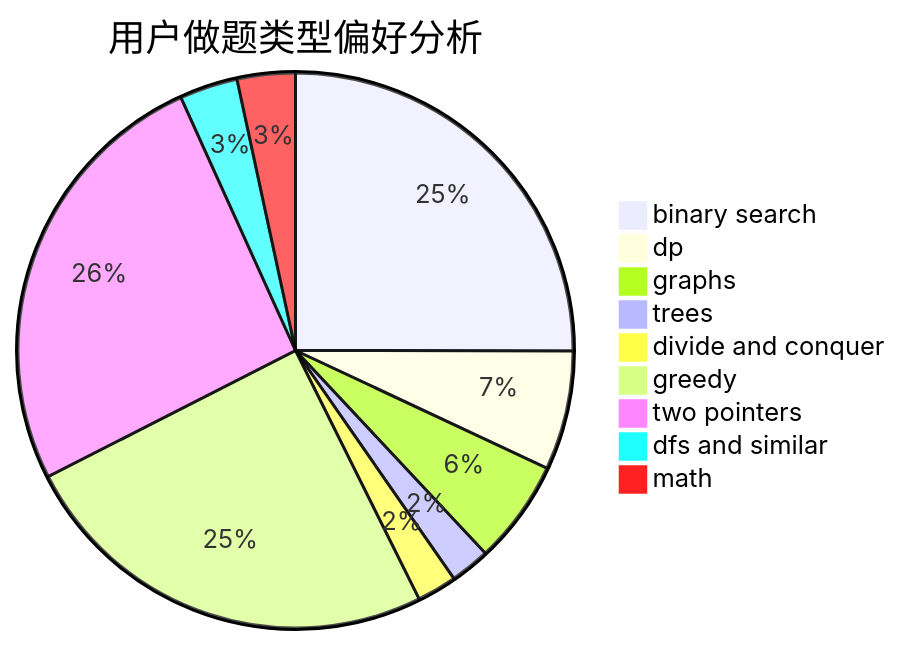
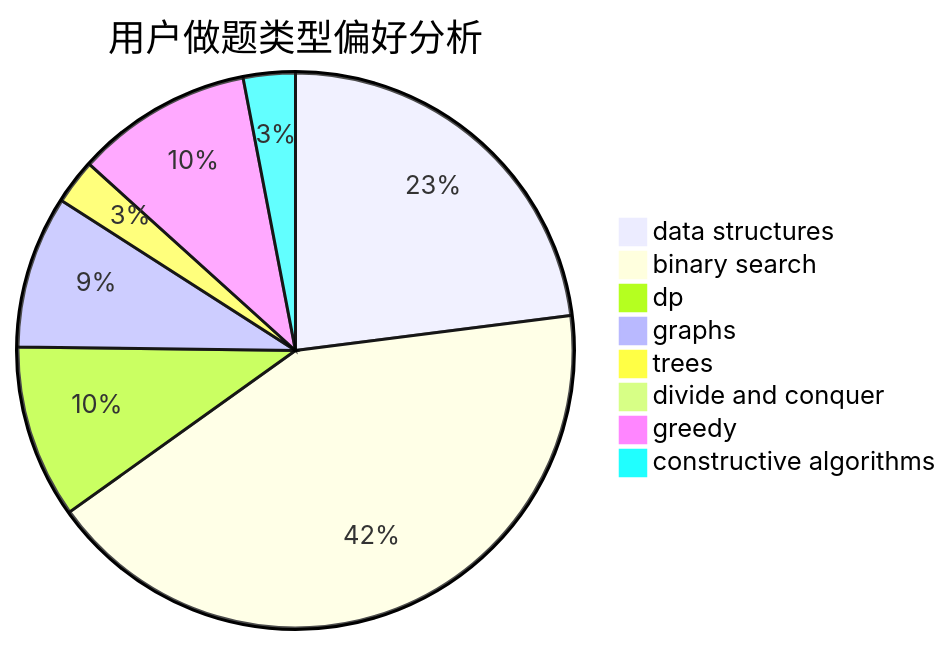
One commit to sherpahu/cfrs.github.io changed the second of 3 diagrams in docs/user/u1229.md. Above: the diagram before and after it, drawn with Mermaid. The commit also changed other lines of this file and 2775 other files, not shown here.

````diff
--- a/docs/user/u1229.md
+++ b/docs/user/u1229.md
@@ -23,12 +23,11 @@
 ```mermaid
 pie title 用户做题类型偏好分析
-    "binary search" :  281
-    "dp" :  78
-    "graphs" :  68
-    "trees" :  26
-    "divide and conquer" :  26
-    "greedy" :  279
-    "two pointers" :  289
-    "dfs and similar" :  38
-    "math" :  38
+    "data structures" :  114
+    "binary search" :  209
+    "dp" :  50
+    "graphs" :  44
+    "trees" :  13
+    "divide and conquer" :  0
+    "greedy" :  51
+    "constructive algorithms" :  15
 ```
````
